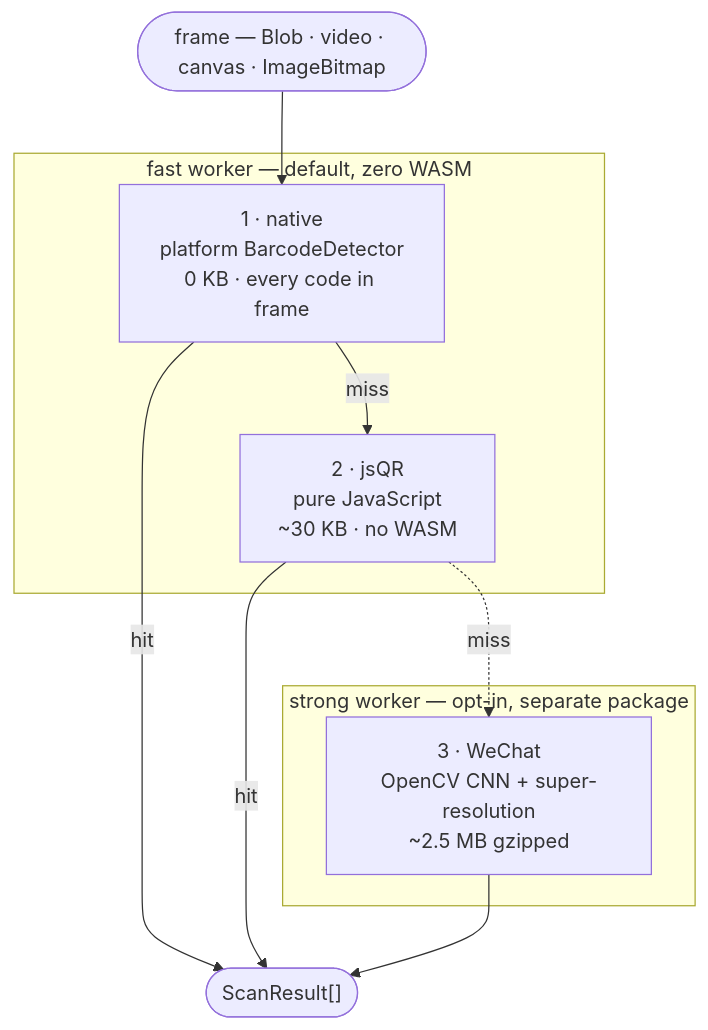
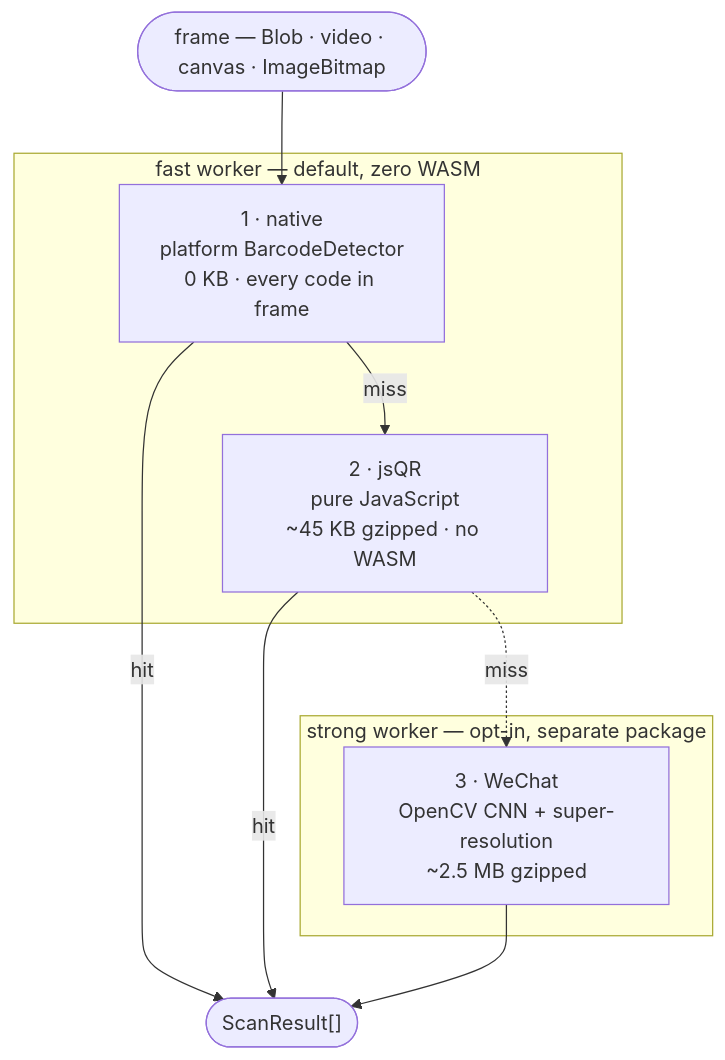
Before and after one commit to zoexx/qrcode-decode-ultra: the diagram in README.md, drawn with Mermaid. The commit also changed other lines of this file and 4 other files, not shown here.

````diff
--- a/README.md
+++ b/README.md
@@ -47,30 +41,30 @@
 ```mermaid
 flowchart TD
     F(["frame — Blob · video · canvas · ImageBitmap"])
     N["`1 · native
     platform BarcodeDetector
     0 KB · every code in frame`"]
     J["`2 · jsQR
     pure JavaScript
-    ~30 KB · no WASM`"]
+    ~45 KB gzipped · no WASM`"]
     W["`3 · WeChat
     OpenCV CNN + super-resolution
     ~2.5 MB gzipped`"]
     R(["ScanResult[]"])
 
     subgraph fast ["fast worker — default, zero WASM"]
         N
         J
     end
 
     subgraph strong ["strong worker — opt-in, separate package"]
         W
     end
 
     F --> N
     N -- hit --> R
     N -- miss --> J
     J -- hit --> R
     J -. miss .-> W
     W --> R
 ```
````
